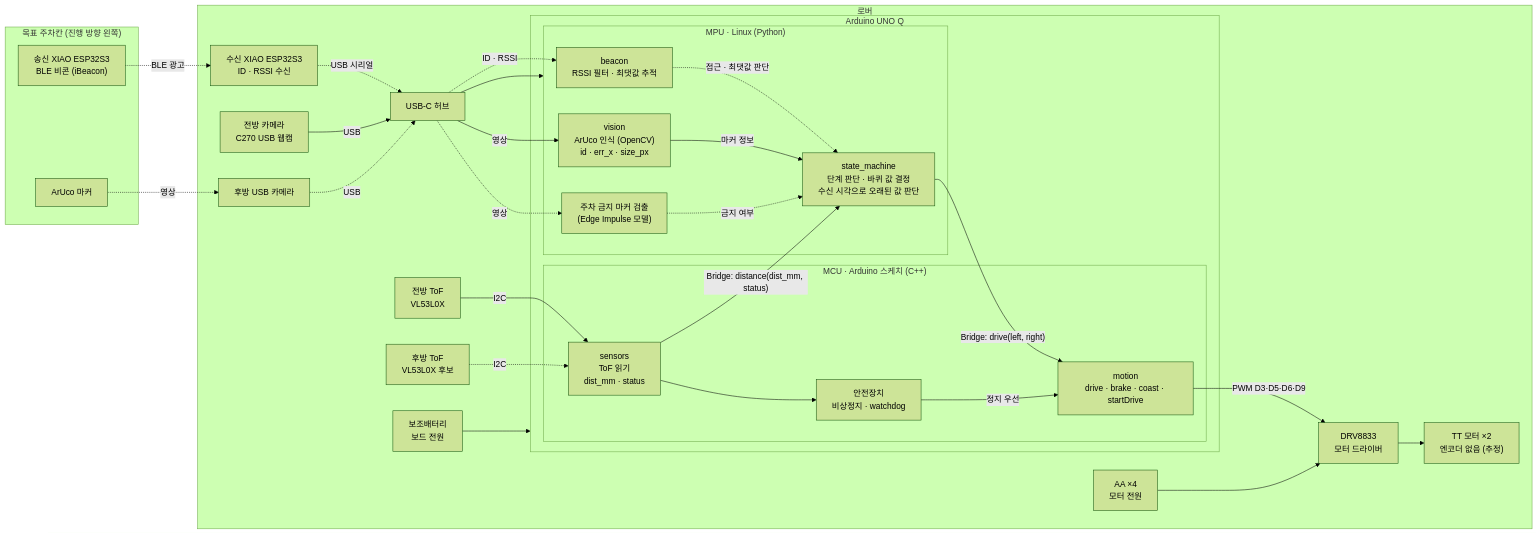
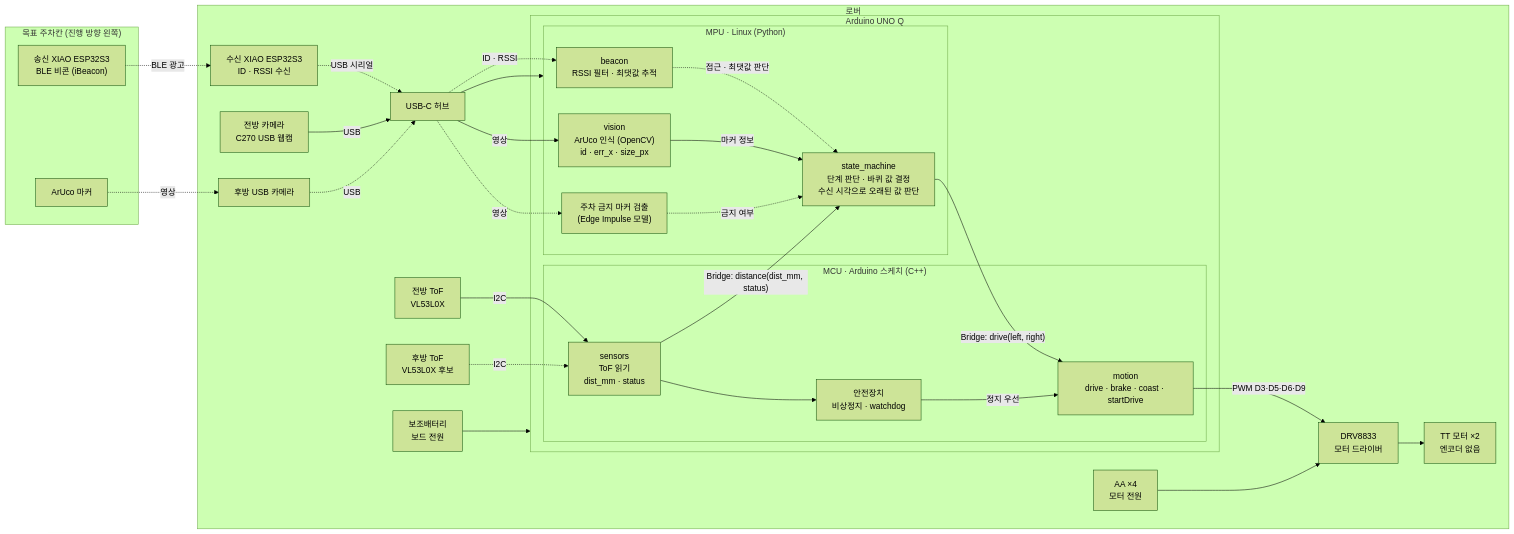
Before and after one commit to yumina0616/Hyper-AutoPark-Rover: the diagram in docs/architecture.md, drawn with Mermaid (forest theme). The commit also changed other lines of this file, not shown here.

Commit message:
docs: 아키텍처 문서에서 엔코더 추정 표현 제거

````diff
--- a/docs/architecture.md
+++ b/docs/architecture.md
@@ -6,62 +6,62 @@
 ```mermaid
 flowchart LR
     subgraph SLOT["목표 주차칸 (진행 방향 왼쪽)"]
         TX["송신 XIAO ESP32S3<br/>BLE 비콘 (iBeacon)"]
         MARKER["ArUco 마커"]
     end
 
     subgraph ROVER["로버"]
         RX["수신 XIAO ESP32S3<br/>ID · RSSI 수신"]
         CAM_F["전방 카메라<br/>C270 USB 웹캠"]
         CAM_R["후방 USB 카메라"]
         HUB["USB-C 허브"]
 
         subgraph UNOQ["Arduino UNO Q"]
             subgraph MPU["MPU · Linux (Python)"]
                 BEACON_PY["beacon<br/>RSSI 필터 · 최댓값 추적"]
                 VISION_PY["vision<br/>ArUco 인식 (OpenCV)<br/>id · err_x · size_px"]
                 AI_PY["주차 금지 마커 검출<br/>(Edge Impulse 모델)"]
                 SM["state_machine<br/>단계 판단 · 바퀴 값 결정<br/>수신 시각으로 오래된 값 판단"]
             end
 
             subgraph MCU["MCU · Arduino 스케치 (C++)"]
                 SENS_MCU["sensors<br/>ToF 읽기<br/>dist_mm · status"]
                 MOTION_MCU["motion<br/>drive · brake · coast · startDrive"]
                 SAFETY["안전장치<br/>비상정지 · watchdog"]
             end
         end
 
         TOF_F["전방 ToF<br/>VL53L0X"]
         TOF_R["후방 ToF<br/>VL53L0X 후보"]
         DRV["DRV8833<br/>모터 드라이버"]
-        MOTORS["TT 모터 ×2<br/>엔코더 없음 (추정)"]
+        MOTORS["TT 모터 ×2<br/>엔코더 없음"]
         BATT["AA ×4<br/>모터 전원"]
         PB["보조배터리<br/>보드 전원"]
     end
 
     TX -. "BLE 광고" .-> RX
     RX -. "USB 시리얼" .-> HUB
     MARKER -. "영상" .-> CAM_R
     CAM_F -- "USB" --> HUB
     CAM_R -. "USB" .-> HUB
     HUB --> MPU
 
     HUB -. "ID · RSSI" .-> BEACON_PY
     HUB -- "영상" --> VISION_PY
     HUB -. "영상" .-> AI_PY
 
     BEACON_PY -. "접근 · 최댓값 판단" .-> SM
     VISION_PY -- "마커 정보" --> SM
     AI_PY -. "금지 여부" .-> SM
 
     TOF_F -- "I2C" --> SENS_MCU
     TOF_R -. "I2C" .-> SENS_MCU
     SENS_MCU -- "Bridge: distance(dist_mm, status)" --> SM
     SM -- "Bridge: drive(left, right)" --> MOTION_MCU
     SENS_MCU --> SAFETY
     SAFETY -- "정지 우선" --> MOTION_MCU
     MOTION_MCU -- "PWM D3·D5·D6·D9" --> DRV
     DRV --> MOTORS
     BATT --> DRV
     PB --> UNOQ
 ```
````
